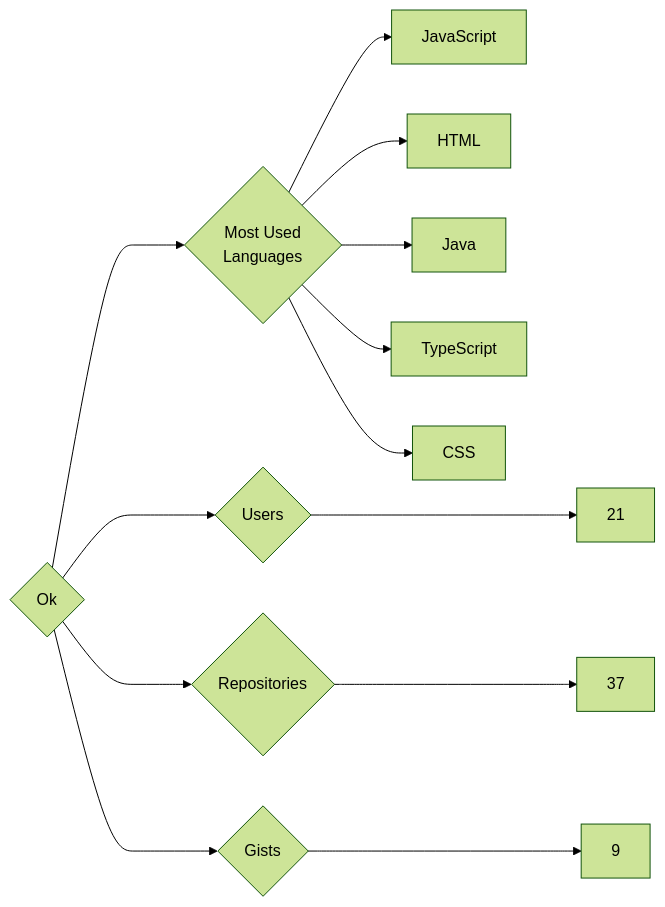
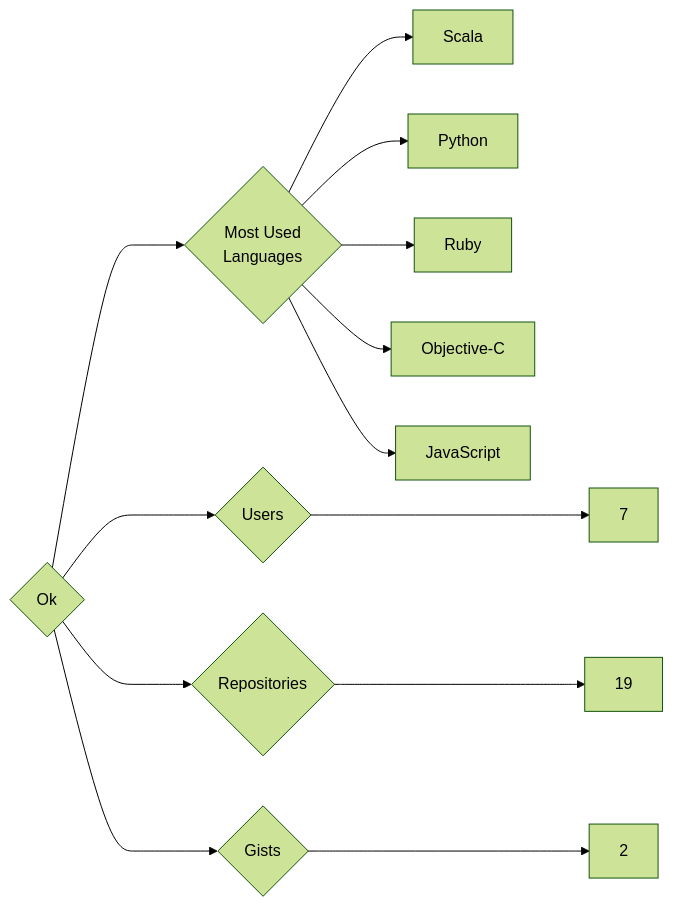
One commit to trickest/insiders changed the diagram in targets/Ok/README.md. Above: the diagram before and after it, drawn with Mermaid (forest theme). The commit also changed 870 other files, not shown here.

````diff
--- a/targets/Ok/README.md
+++ b/targets/Ok/README.md
@@ -3,13 +3,13 @@
 ```mermaid
 graph LR
 COMPANY_NAME{Ok}
-COMPANY_NAME ---> U{Users} ---> UN[21]
-COMPANY_NAME ---> R{Repositories} ---> RN[37]
-COMPANY_NAME ---> G{Gists} ---> GN[9]
+COMPANY_NAME ---> U{Users} ---> UN[7]
+COMPANY_NAME ---> R{Repositories} ---> RN[19]
+COMPANY_NAME ---> G{Gists} ---> GN[2]
 COMPANY_NAME ---> ML{Most Used<br>Languages}
+ML --> Scala[Scala]
+ML --> Python[Python]
+ML --> Ruby[Ruby]
+ML --> Objective-C[Objective-C]
 ML --> JavaScript[JavaScript]
-ML --> HTML[HTML]
-ML --> Java[Java]
-ML --> TypeScript[TypeScript]
-ML --> CSS[CSS]
 ```
````
